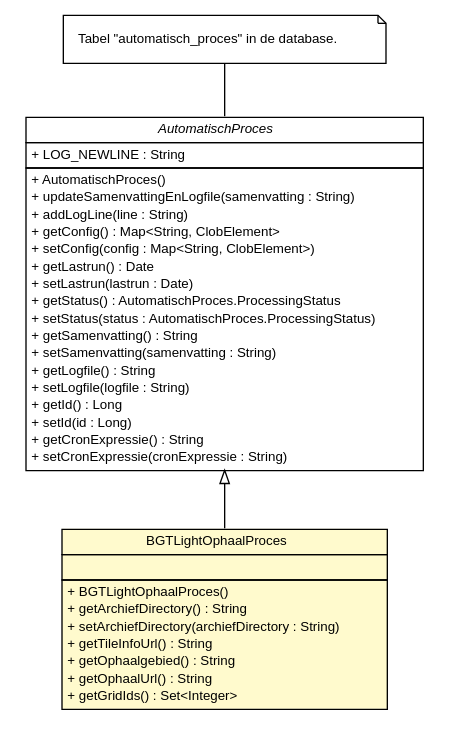
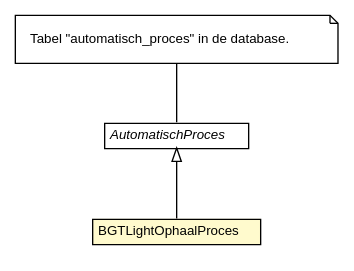
The diagram in brmo-persistence/apidocs/nl/b3p/brmo/persistence/staging/BGTLightOphaalProces.dot (B3Partners/brmo), drawn with Graphviz before and after one commit. The commit also changed 252 other files, not shown here.

```diff
--- a/brmo-persistence/apidocs/nl/b3p/brmo/persistence/staging/BGTLightOphaalProces.dot
+++ b/brmo-persistence/apidocs/nl/b3p/brmo/persistence/staging/BGTLightOphaalProces.dot
@@ -1,67 +1,33 @@
 #!/usr/local/bin/dot
 #
 # Class diagram 
 # Generated by UMLGraph version R5_6-24-gf6e263 (http://www.umlgraph.org/)
 #
 
 digraph G {
 	edge [fontname="Helvetica",fontsize=10,labelfontname="Helvetica",labelfontsize=10];
 	node [fontname="Helvetica",fontsize=10,shape=plaintext];
 	nodesep=0.25;
 	ranksep=0.5;
 	// nl.b3p.brmo.persistence.staging.AutomatischProces
-	c153 [label=<<table title="nl.b3p.brmo.persistence.staging.AutomatischProces" border="0" cellborder="1" cellspacing="0" cellpadding="2" port="p" href="./AutomatischProces.html">
+	c148 [label=<<table title="nl.b3p.brmo.persistence.staging.AutomatischProces" border="0" cellborder="1" cellspacing="0" cellpadding="2" port="p" href="./AutomatischProces.html">
 		<tr><td><table border="0" cellspacing="0" cellpadding="1">
 <tr><td align="center" balign="center"><font face="Helvetica-Oblique"> AutomatischProces </font></td></tr>
 		</table></td></tr>
-		<tr><td><table border="0" cellspacing="0" cellpadding="1">
-<tr><td align="left" balign="left"> + LOG_NEWLINE : String </td></tr>
-		</table></td></tr>
-		<tr><td><table border="0" cellspacing="0" cellpadding="1">
-<tr><td align="left" balign="left"> + AutomatischProces() </td></tr>
-<tr><td align="left" balign="left"> + updateSamenvattingEnLogfile(samenvatting : String) </td></tr>
-<tr><td align="left" balign="left"> + addLogLine(line : String) </td></tr>
-<tr><td align="left" balign="left"> + getConfig() : Map&lt;String, ClobElement&gt; </td></tr>
-<tr><td align="left" balign="left"> + setConfig(config : Map&lt;String, ClobElement&gt;) </td></tr>
-<tr><td align="left" balign="left"> + getLastrun() : Date </td></tr>
-<tr><td align="left" balign="left"> + setLastrun(lastrun : Date) </td></tr>
-<tr><td align="left" balign="left"> + getStatus() : AutomatischProces.ProcessingStatus </td></tr>
-<tr><td align="left" balign="left"> + setStatus(status : AutomatischProces.ProcessingStatus) </td></tr>
-<tr><td align="left" balign="left"> + getSamenvatting() : String </td></tr>
-<tr><td align="left" balign="left"> + setSamenvatting(samenvatting : String) </td></tr>
-<tr><td align="left" balign="left"> + getLogfile() : String </td></tr>
-<tr><td align="left" balign="left"> + setLogfile(logfile : String) </td></tr>
-<tr><td align="left" balign="left"> + getId() : Long </td></tr>
-<tr><td align="left" balign="left"> + setId(id : Long) </td></tr>
-<tr><td align="left" balign="left"> + getCronExpressie() : String </td></tr>
-<tr><td align="left" balign="left"> + setCronExpressie(cronExpressie : String) </td></tr>
-		</table></td></tr>
 		</table>>, URL="./AutomatischProces.html", fontname="Helvetica", fontcolor="black", fontsize=10.0];
 	// Note annotation
-	n0cc153 [label=<<table title="nl.b3p.brmo.persistence.staging.AutomatischProces" border="0" cellborder="0" cellspacing="0" cellpadding="2" port="p" href="./AutomatischProces.html">
+	n0cc148 [label=<<table title="nl.b3p.brmo.persistence.staging.AutomatischProces" border="0" cellborder="0" cellspacing="0" cellpadding="2" port="p" href="./AutomatischProces.html">
 		<tr><td><table border="0" cellspacing="0" cellpadding="1">
 <tr><td align="left" balign="left"> Tabel "automatisch_proces" in de database. </td></tr>
 		</table></td></tr>
 		</table>>, fontname="Helvetica", fontcolor="black", fontsize=10.0, shape=note];
-	n0cc153 -> c153:p[arrowhead=none];
+	n0cc148 -> c148:p[arrowhead=none];
 	// nl.b3p.brmo.persistence.staging.BGTLightOphaalProces
-	c172 [label=<<table title="nl.b3p.brmo.persistence.staging.BGTLightOphaalProces" border="0" cellborder="1" cellspacing="0" cellpadding="2" port="p" bgcolor="lemonChiffon" href="./BGTLightOphaalProces.html">
+	c167 [label=<<table title="nl.b3p.brmo.persistence.staging.BGTLightOphaalProces" border="0" cellborder="1" cellspacing="0" cellpadding="2" port="p" bgcolor="lemonChiffon" href="./BGTLightOphaalProces.html">
 		<tr><td><table border="0" cellspacing="0" cellpadding="1">
 <tr><td align="center" balign="center"> BGTLightOphaalProces </td></tr>
 		</table></td></tr>
-		<tr><td><table border="0" cellspacing="0" cellpadding="1">
-<tr><td align="left" balign="left">  </td></tr>
-		</table></td></tr>
-		<tr><td><table border="0" cellspacing="0" cellpadding="1">
-<tr><td align="left" balign="left"> + BGTLightOphaalProces() </td></tr>
-<tr><td align="left" balign="left"> + getArchiefDirectory() : String </td></tr>
-<tr><td align="left" balign="left"> + setArchiefDirectory(archiefDirectory : String) </td></tr>
-<tr><td align="left" balign="left"> + getTileInfoUrl() : String </td></tr>
-<tr><td align="left" balign="left"> + getOphaalgebied() : String </td></tr>
-<tr><td align="left" balign="left"> + getOphaalUrl() : String </td></tr>
-<tr><td align="left" balign="left"> + getGridIds() : Set&lt;Integer&gt; </td></tr>
-		</table></td></tr>
 		</table>>, URL="./BGTLightOphaalProces.html", fontname="Helvetica", fontcolor="black", fontsize=10.0];
 	//nl.b3p.brmo.persistence.staging.BGTLightOphaalProces extends nl.b3p.brmo.persistence.staging.AutomatischProces
-	c153:p -> c172:p [dir=back,arrowtail=empty];
+	c148:p -> c167:p [dir=back,arrowtail=empty];
 }
```
